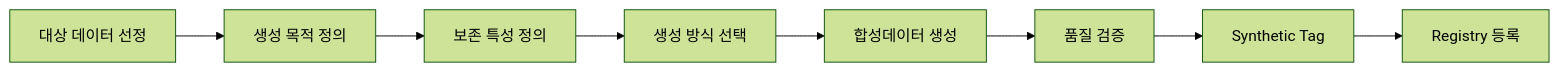
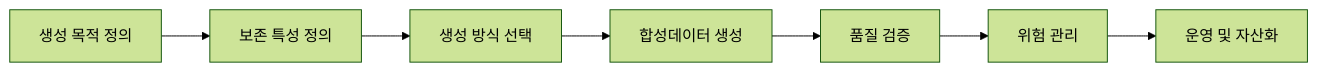
The third of 3 diagrams in 가이드 작성/E-2 합성데이터/E-2 합성데이터_0622.md (jin-kearney/ai-ready-data-manual), drawn with Mermaid (forest theme) before and after one commit. The commit also changed other lines of this file, not shown here.

Commit message:
Update E-2 합성데이터_0622.md

````diff
--- a/가이드 작성/E-2 합성데이터/E-2 합성데이터_0622.md
+++ b/가이드 작성/E-2 합성데이터/E-2 합성데이터_0622.md
@@ -1037,19 +693,11 @@
 ```mermaid
 flowchart LR
 
-A["대상 데이터 선정"]
-
---> B["생성 목적 정의"]
-
---> C["보존 특성 정의"]
-
---> D["생성 방식 선택"]
-
---> E["합성데이터 생성"]
-
---> F["품질 검증"]
-
---> G["Synthetic Tag"]
-
---> H["Registry 등록"]
+A["생성 목적 정의"]
+--> B["보존 특성 정의"]
+--> C["생성 방식 선택"]
+--> D["합성데이터 생성"]
+--> E["품질 검증"]
+--> F["위험 관리"]
+--> G["운영 및 자산화"]
 ```
````
